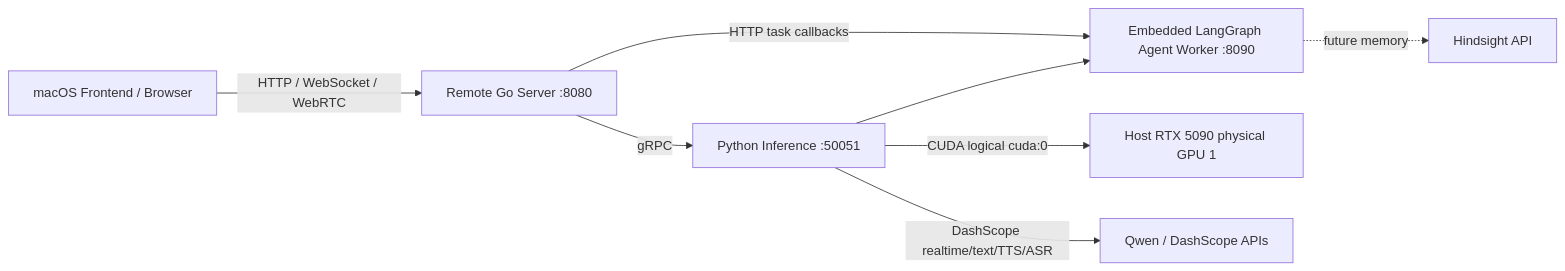
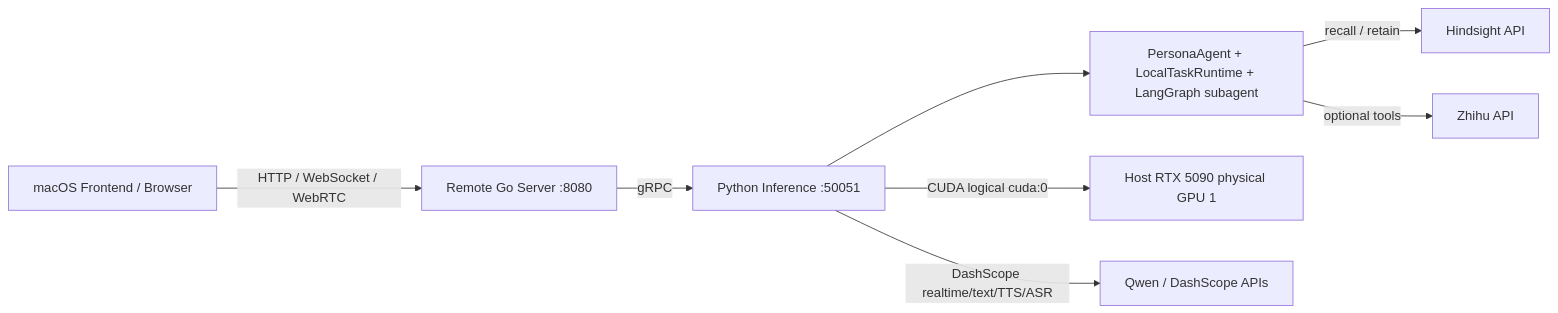
Before and after one commit to dsd2077/CyberVerse: the diagram in deploy/gpu/README.zh-CN.md, drawn with Mermaid. The commit also changed other lines of this file and 35 other files, not shown here.

First line of the commit message:
feat(memory): add Hindsight persona memory

````diff
--- a/deploy/gpu/README.zh-CN.md
+++ b/deploy/gpu/README.zh-CN.md
@@ -7,10 +7,10 @@
 ```mermaid
 flowchart LR
     Mac["macOS Frontend / Browser"] -->|"HTTP / WebSocket / WebRTC"| API["Remote Go Server :8080"]
     API -->|"gRPC"| INF["Python Inference :50051"]
-    API -->|"HTTP task callbacks"| AGENT["Embedded LangGraph Agent Worker :8090"]
-    INF --> AGENT
+    INF --> PERSONA["PersonaAgent + LocalTaskRuntime + LangGraph subagent"]
     INF -->|"CUDA logical cuda:0"| GPU["Host RTX 5090 physical GPU 1"]
     INF -->|"DashScope realtime/text/TTS/ASR"| QWEN["Qwen / DashScope APIs"]
-    AGENT -. "future memory" .-> HINDSIGHT["Hindsight API"]
+    PERSONA -->|"recall / retain"| HINDSIGHT["Hindsight API"]
+    PERSONA -->|"optional tools"| ZHIHU["Zhihu API"]
 ```
````
